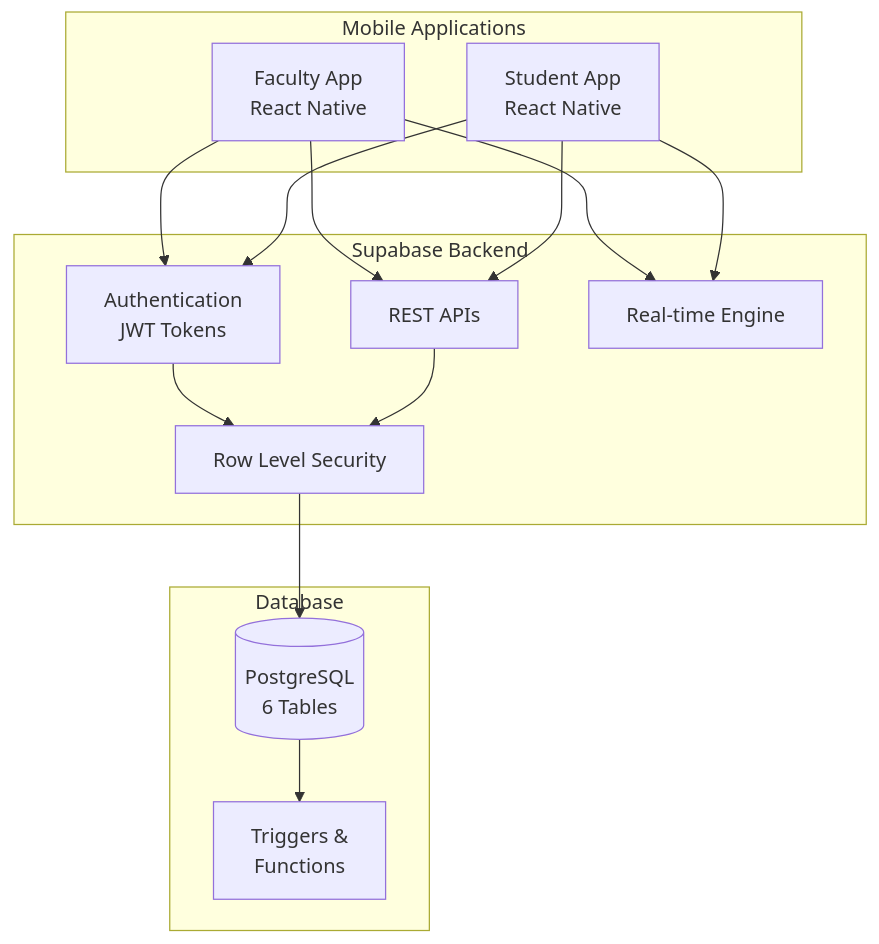
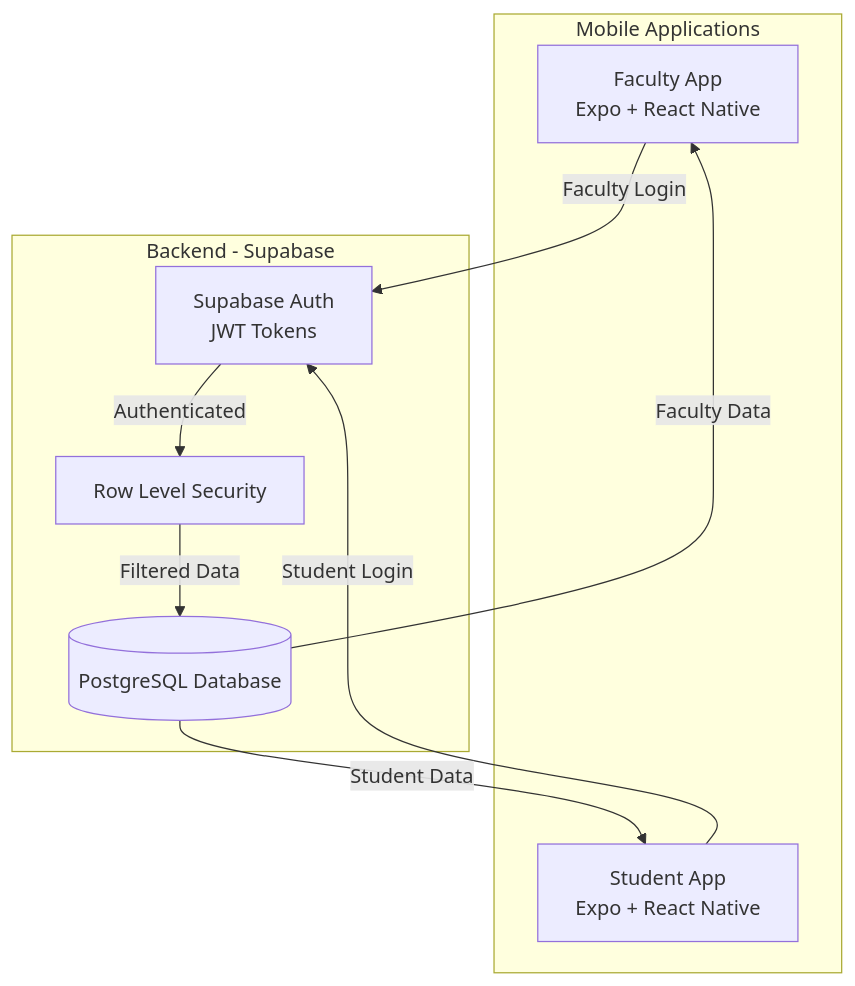
The first of 3 diagrams in README.md (Prajapatidixitkumar/prajapatidixitkumar.github.io), drawn with Mermaid before and after one commit. The commit also changed other lines of this file, not shown here.

````diff
--- a/README.md
+++ b/README.md
@@ -156,30 +285,20 @@
 ```mermaid
 graph TB
     subgraph "Mobile Applications"
-        FA[Faculty App<br/>React Native]
-        SA[Student App<br/>React Native]
+        FA[Faculty App<br/>Expo + React Native]
+        SA[Student App<br/>Expo + React Native]
     end
     
-    subgraph "Supabase Backend"
-        AUTH[Authentication<br/>JWT Tokens]
-        API[REST APIs]
+    subgraph "Backend - Supabase"
+        AUTH[Supabase Auth<br/>JWT Tokens]
+        DB[(PostgreSQL Database)]
         RLS[Row Level Security]
-        RT[Real-time Engine]
     end
     
-    subgraph "Database"
-        DB[(PostgreSQL<br/>6 Tables)]
-        TRIG[Triggers &<br/>Functions]
-    end
-    
-    FA --> AUTH
-    SA --> AUTH
-    AUTH --> RLS
-    FA --> API
-    SA --> API
-    API --> RLS
-    RLS --> DB
-    DB --> TRIG
-    FA --> RT
-    SA --> RT
+    FA -->|Faculty Login| AUTH
+    SA -->|Student Login| AUTH
+    AUTH -->|Authenticated| RLS
+    RLS -->|Filtered Data| DB
+    DB -->|Faculty Data| FA
+    DB -->|Student Data| SA
 ```
````
